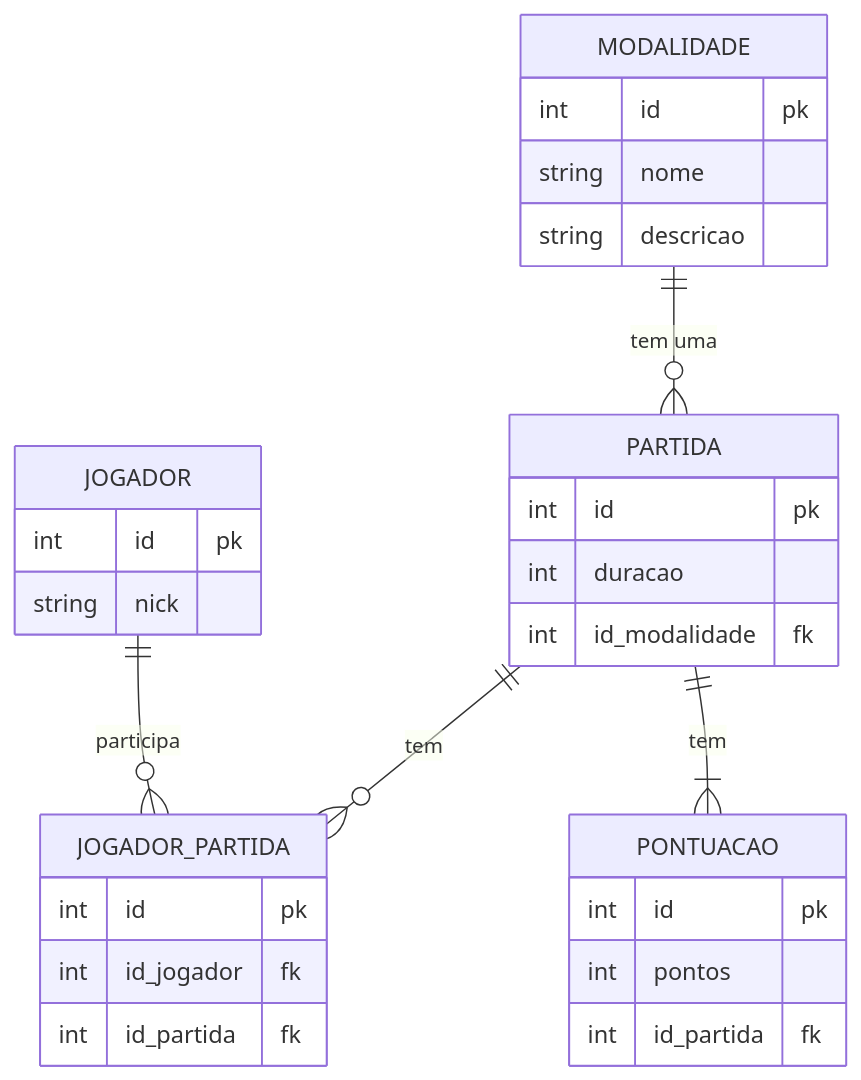
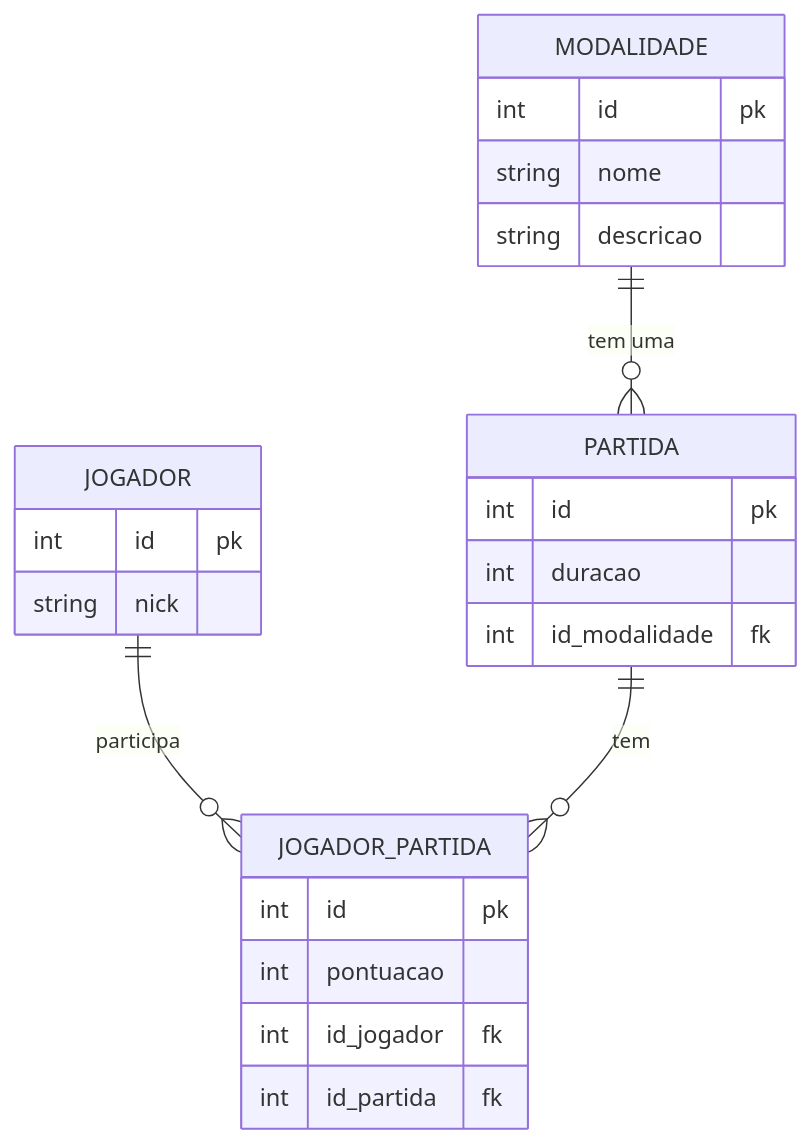
Before and after one commit to italo-mauricio/memory-cat-game: the diagram in README.md, drawn with Mermaid.

Commit message:
atualizado tabelas

````diff
--- a/README.md
+++ b/README.md
@@ -6,40 +6,33 @@
 ```mermaid
 erDiagram
     JOGADOR {
         int id pk
         string nick
     }
 
     PARTIDA {
         int id pk
         int duracao
         int id_modalidade fk
     }
 
     JOGADOR_PARTIDA {
         int id pk
+        int pontuacao
         int id_jogador fk
-        int id_partida fk
-    }
-
-    PONTUACAO {
-        int id pk
-        int pontos
         int id_partida fk
     }
 
     MODALIDADE {
         int id pk
         string nome
         string descricao
     }
 
     JOGADOR ||--o{ JOGADOR_PARTIDA : "participa"
 
     PARTIDA ||--o{ JOGADOR_PARTIDA : "tem"
 
-    PARTIDA ||--|{ PONTUACAO : "tem"
-
     MODALIDADE ||--o{ PARTIDA : "tem uma"
    
 ```
````
